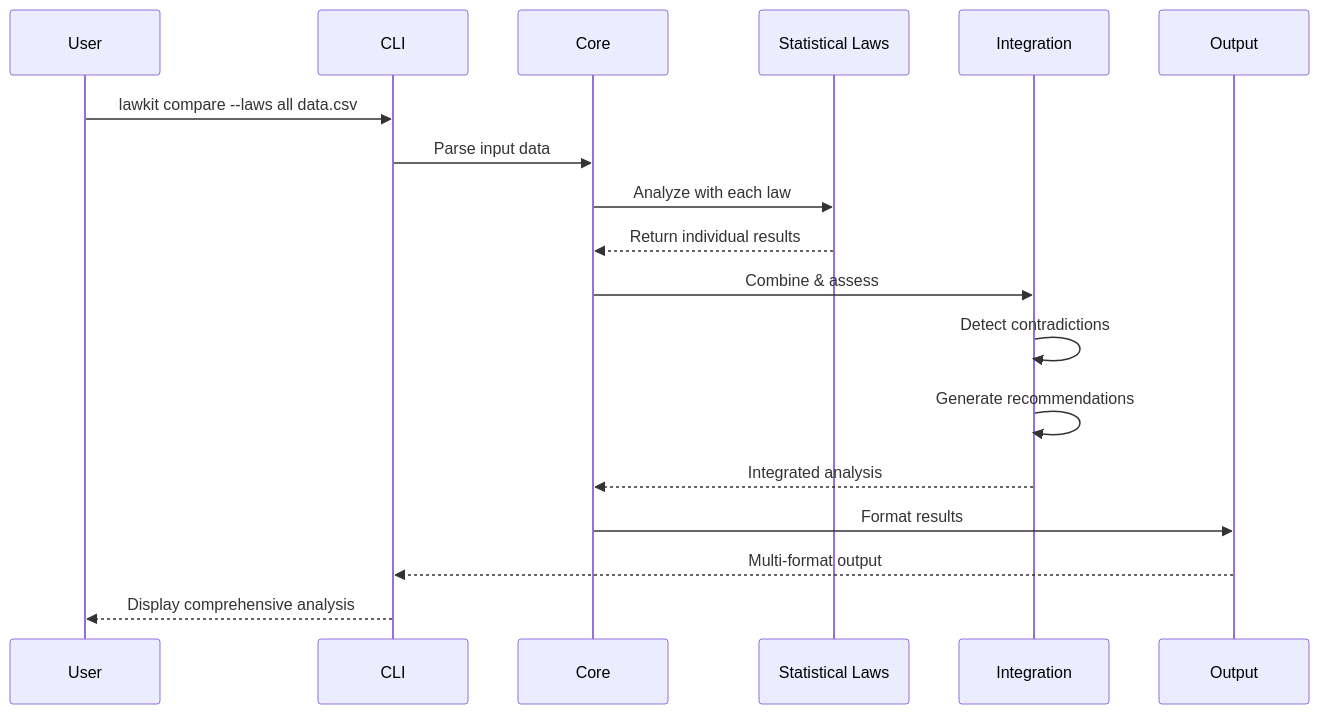
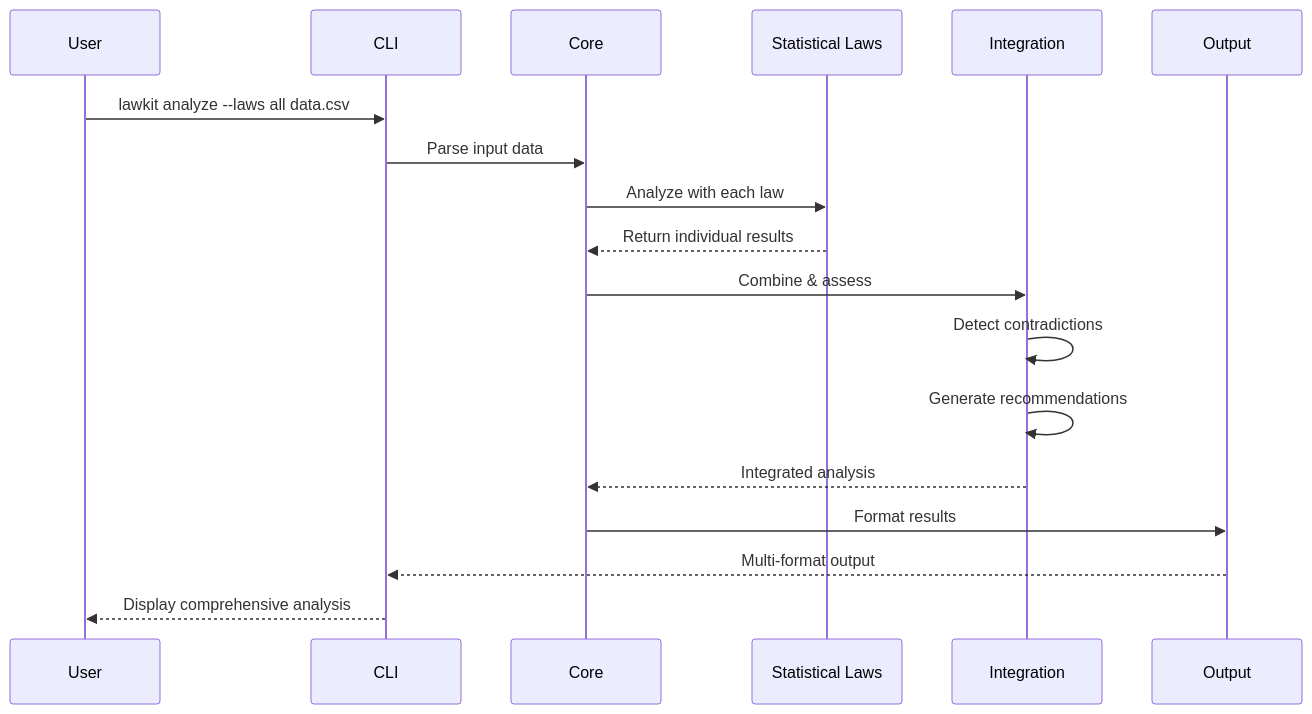
One commit to kako-jun/lawkit changed the second of 2 diagrams in docs/index.md. Above: the diagram before and after it, drawn with Mermaid. The commit also changed other lines of this file and 30 other files, not shown here.

First line of the commit message:
docs: update all compare command references to new command structure

````diff
--- a/docs/index.md
+++ b/docs/index.md
@@ -138,21 +138,21 @@
 ```mermaid
 sequenceDiagram
     participant User
     participant CLI
     participant Core
     participant Laws as Statistical Laws
     participant Integration
     participant Output
     
-    User->>CLI: lawkit compare --laws all data.csv
+    User->>CLI: lawkit analyze --laws all data.csv
     CLI->>Core: Parse input data
     Core->>Laws: Analyze with each law
     Laws-->>Core: Return individual results
     Core->>Integration: Combine & assess
     Integration->>Integration: Detect contradictions
     Integration->>Integration: Generate recommendations
     Integration-->>Core: Integrated analysis
     Core->>Output: Format results
     Output-->>CLI: Multi-format output
     CLI-->>User: Display comprehensive analysis
 ```
````
